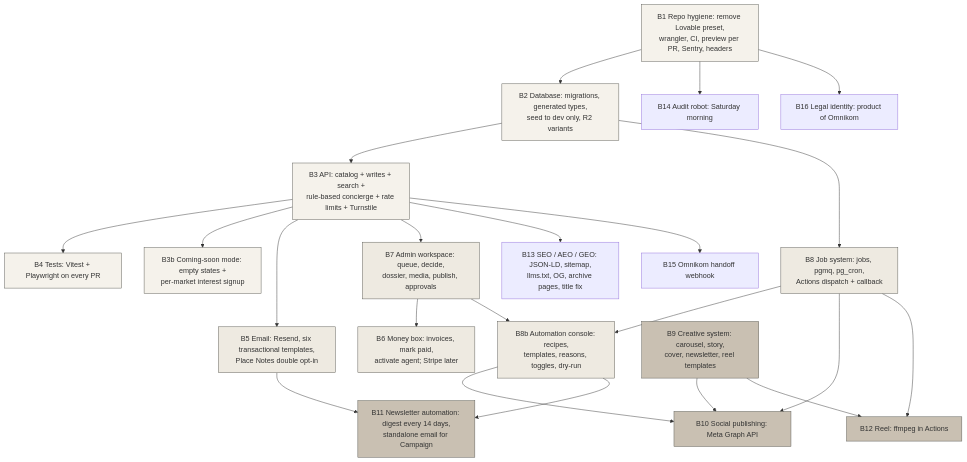
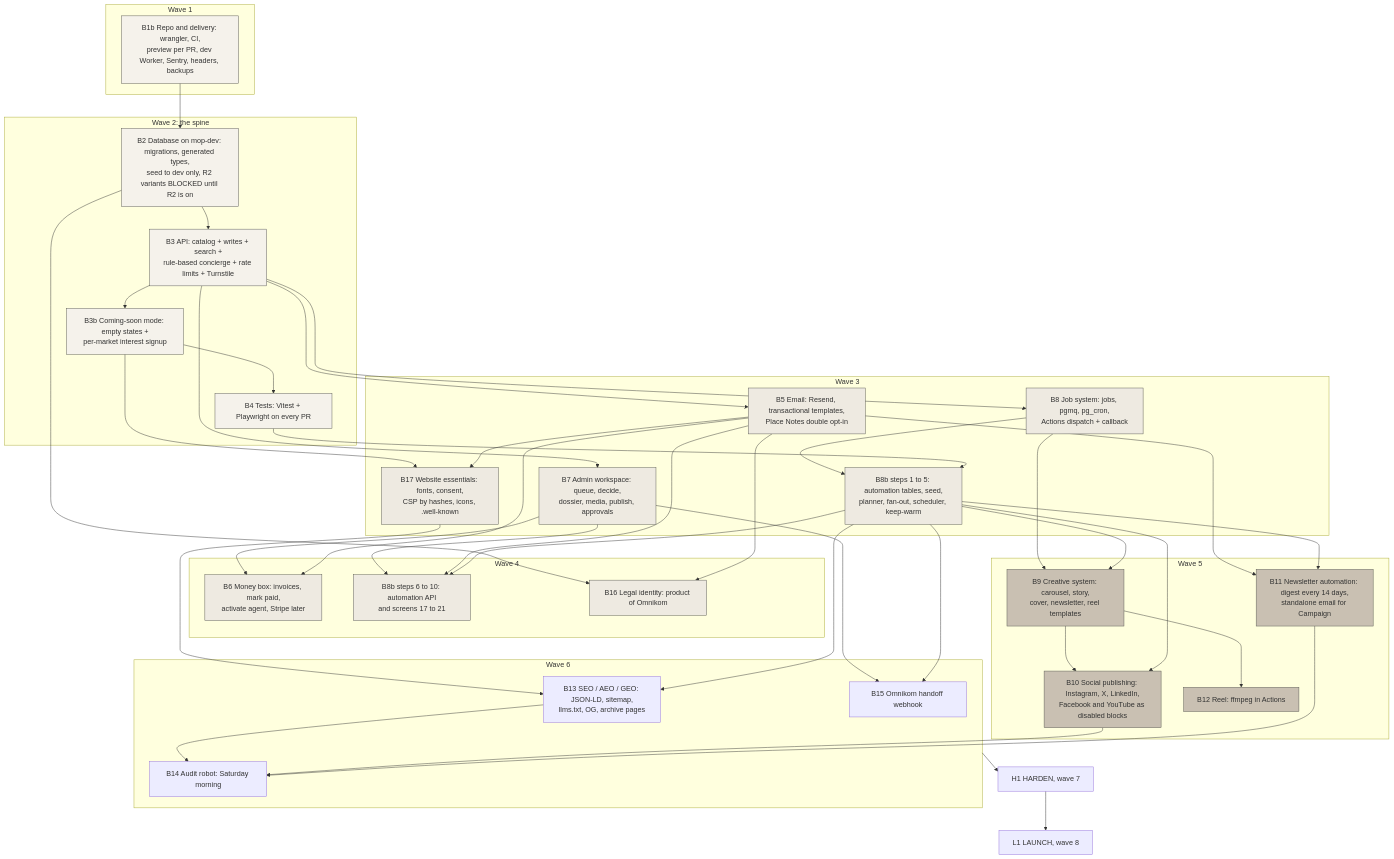
Before and after one commit to AbdulrahmanAmer/matter-of-place: the second of 3 diagrams in workspace/03-diagrams/completion-map.md, drawn with Mermaid. The commit also changed other lines of this file and 104 other files, not shown here.

First line of the commit message:
Traceability audit rounds 5 and 6; diagrams brought in line with the plans; rulings G58 to G65

````diff
--- a/workspace/03-diagrams/completion-map.md
+++ b/workspace/03-diagrams/completion-map.md
@@ -22,48 +26,74 @@
 ```mermaid
 flowchart TB
-  B1[B1 Repo hygiene: remove Lovable preset,<br/>wrangler, CI, preview per PR, Sentry, headers]
-  B2[B2 Database: migrations, generated types,<br/>seed to dev only, R2 variants]
-  B3[B3 API: catalog + writes + search +<br/>rule-based concierge + rate limits + Turnstile]
-  B3b[B3b Coming-soon mode: empty states +<br/>per-market interest signup]
-  B4[B4 Tests: Vitest + Playwright on every PR]
-  B5[B5 Email: Resend, six transactional templates,<br/>Place Notes double opt-in]
-  B6[B6 Money box: invoices, mark paid,<br/>activate agent; Stripe later]
-  B7[B7 Admin workspace: queue, decide,<br/>dossier, media, publish, approvals]
-  B8[B8 Job system: jobs, pgmq, pg_cron,<br/>Actions dispatch + callback]
-  B8b[B8b Automation console: recipes,<br/>templates, reasons, toggles, dry-run]
-  B9[B9 Creative system: carousel, story,<br/>cover, newsletter, reel templates]
-  B10[B10 Social publishing: Meta Graph API]
-  B11[B11 Newsletter automation: digest every 14 days,<br/>standalone email for Campaign]
-  B12[B12 Reel: ffmpeg in Actions]
-  B13[B13 SEO / AEO / GEO: JSON-LD, sitemap,<br/>llms.txt, OG, archive pages, title fix]
-  B14[B14 Audit robot: Saturday morning]
-  B15[B15 Omnikom handoff webhook]
-  B16[B16 Legal identity: product of Omnikom]
+  subgraph W1["Wave 1"]
+    B1[B1b Repo and delivery: wrangler, CI,<br/>preview per PR, dev Worker, Sentry, headers, backups]
+  end
+  subgraph W2["Wave 2: the spine"]
+    B2[B2 Database on mop-dev: migrations, generated types,<br/>seed to dev only, R2 variants BLOCKED until R2 is on]
+    B3[B3 API: catalog + writes + search +<br/>rule-based concierge + rate limits + Turnstile]
+    B3b[B3b Coming-soon mode: empty states +<br/>per-market interest signup]
+    B4[B4 Tests: Vitest + Playwright on every PR]
+  end
+  subgraph W3["Wave 3"]
+    B8[B8 Job system: jobs, pgmq, pg_cron,<br/>Actions dispatch + callback]
+    B8b1[B8b steps 1 to 5: automation tables, seed,<br/>planner, fan-out, scheduler, keep-warm]
+    B5[B5 Email: Resend, transactional templates,<br/>Place Notes double opt-in]
+    B7[B7 Admin workspace: queue, decide,<br/>dossier, media, publish, approvals]
+    B17[B17 Website essentials: fonts, consent,<br/>CSP by hashes, icons, .well-known]
+  end
+  subgraph W4["Wave 4"]
+    B6[B6 Money box: invoices, mark paid,<br/>activate agent, Stripe later]
+    B8b2[B8b steps 6 to 10: automation API<br/>and screens 17 to 21]
+    B16[B16 Legal identity: product of Omnikom]
+  end
+  subgraph W5["Wave 5"]
+    B9[B9 Creative system: carousel, story,<br/>cover, newsletter, reel templates]
+    B10[B10 Social publishing: Instagram, X, LinkedIn,<br/>Facebook and YouTube as disabled blocks]
+    B11[B11 Newsletter automation: digest every 14 days,<br/>standalone email for Campaign]
+    B12[B12 Reel: ffmpeg in Actions]
+  end
+  subgraph W6["Wave 6"]
+    B13[B13 SEO / AEO / GEO: JSON-LD, sitemap,<br/>llms.txt, OG, archive pages]
+    B14[B14 Audit robot: Saturday morning]
+    B15[B15 Omnikom handoff webhook]
+  end
+  H1[H1 HARDEN, wave 7]
+  L1[L1 LAUNCH, wave 8]
 
-  B1 --> B2 --> B3 --> B4
-  B3 --> B3b
+  B1 --> B2 --> B3 --> B3b --> B4
+  B3 --> B8 --> B8b1
+  B4 --> B8b1
   B3 --> B5
   B3 --> B7
-  B2 --> B8 --> B8b
+  B3b --> B17
+  B5 --> B17
+  B2 --> B16
+  B5 --> B16
   B7 --> B6
-  B7 --> B8b
+  B5 --> B6
+  B7 --> B8b2
+  B5 --> B8b2
+  B8b1 --> B8b2
+  B8 --> B9
+  B8b1 --> B9
   B9 --> B10
-  B8 --> B10
-  B8b --> B10
+  B8b1 --> B10
   B5 --> B11
-  B8b --> B11
+  B8b1 --> B11
   B9 --> B12
-  B8 --> B12
-  B3 --> B13
-  B1 --> B14
-  B3 --> B15
-  B1 --> B16
+  B17 --> B13
+  B8b1 --> B13
+  B13 --> B14
+  B10 --> B14
+  B11 --> B14
+  B7 --> B15
+  B8b1 --> B15
+  W6 --> H1 --> L1
 
   classDef found fill:#F5F2EB,stroke:#575751;
   classDef ops fill:#EEEAE1,stroke:#575751;
   classDef content fill:#C9C0B2,stroke:#575751;
-  classDef found_ fill:#F5F2EB;
   class B1,B2,B3,B3b,B4 found;
-  class B5,B6,B7,B8,B8b ops;
+  class B5,B6,B7,B8,B8b1,B8b2,B16,B17 ops;
   class B9,B10,B11,B12 content;
 ```
````
